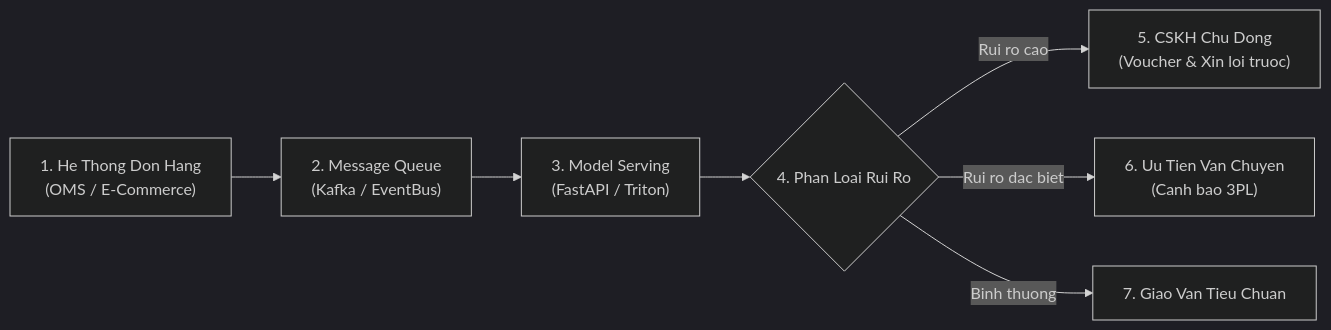
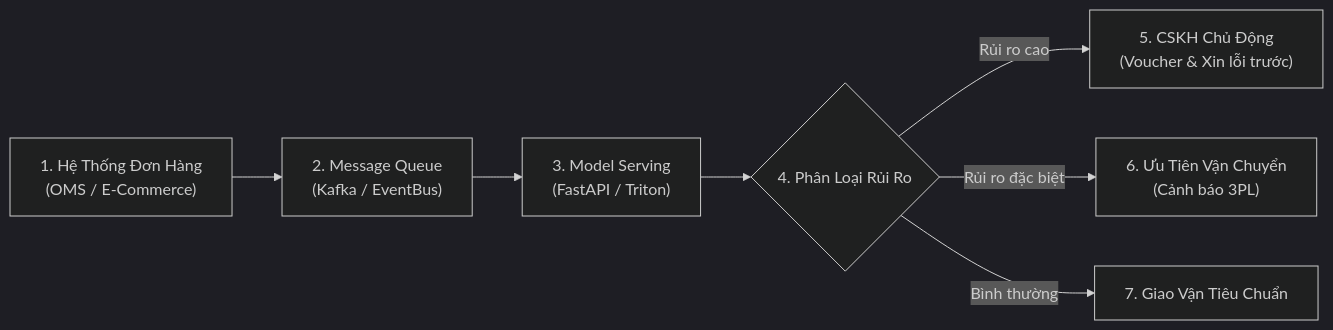
Before and after one commit to doanquangminh14/olist-ecommerce-analytics: the second of 2 diagrams in report/ml/README.md, drawn with Mermaid (dark theme). The commit also changed other lines of this file and 3 other files, not shown here.

````diff
--- a/report/ml/README.md
+++ b/report/ml/README.md
@@ -205,9 +205,9 @@
 ```mermaid
 flowchart LR
-    OMS["1. He Thong Don Hang\n(OMS / E-Commerce)"] --> MQ["2. Message Queue\n(Kafka / EventBus)"]
+    OMS["1. Hệ Thống Đơn Hàng\n(OMS / E-Commerce)"] --> MQ["2. Message Queue\n(Kafka / EventBus)"]
     MQ --> INF["3. Model Serving\n(FastAPI / Triton)"]
-    INF --> DEC{"4. Phan Loai Rui Ro"}
-    DEC -->|Rui ro cao| CS["5. CSKH Chu Dong\n(Voucher & Xin loi truoc)"]
-    DEC -->|Rui ro dac biet| LOG["6. Uu Tien Van Chuyen\n(Canh bao 3PL)"]
-    DEC -->|Binh thuong| STD["7. Giao Van Tieu Chuan"]
+    INF --> DEC{"4. Phân Loại Rủi Ro"}
+    DEC -->|Rủi ro cao| CS["5. CSKH Chủ Động\n(Voucher & Xin lỗi trước)"]
+    DEC -->|Rủi ro đặc biệt| LOG["6. Ưu Tiên Vận Chuyển\n(Cảnh báo 3PL)"]
+    DEC -->|Bình thường| STD["7. Giao Vận Tiêu Chuẩn"]
 ```
````
